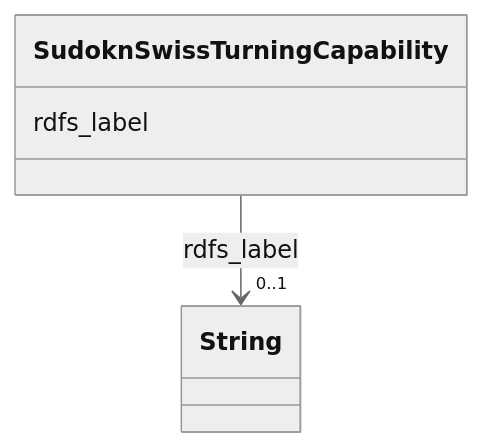
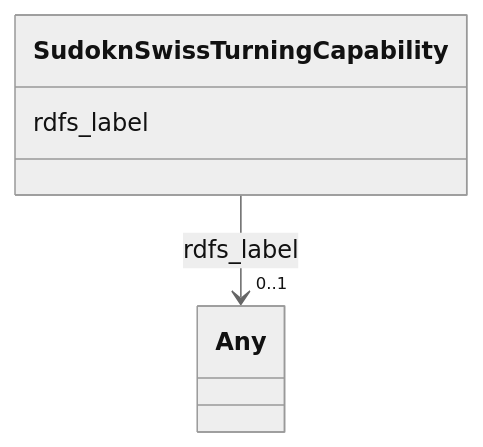
Before and after one commit to frink-okn/graph-descriptions: the diagram in sudokn-kg/classes/SudoknSwissTurningCapability.md, drawn with Mermaid (neutral theme). The commit also changed other lines of this file and 903 other files, not shown here.

````diff
--- a/sudokn-kg/classes/SudoknSwissTurningCapability.md
+++ b/sudokn-kg/classes/SudoknSwissTurningCapability.md
@@ -23,15 +18,15 @@
 ```mermaid
  classDiagram
     class SudoknSwissTurningCapability
     click SudoknSwissTurningCapability href "../SudoknSwissTurningCapability"
       SudoknSwissTurningCapability : rdfs_label
         
           
     
     
-    SudoknSwissTurningCapability --> "0..1" String : rdfs_label
-    click String href "../String"
+    SudoknSwissTurningCapability --> "0..1" Any : rdfs_label
+    click Any href "../Any"
 
         
       
 ```
````
